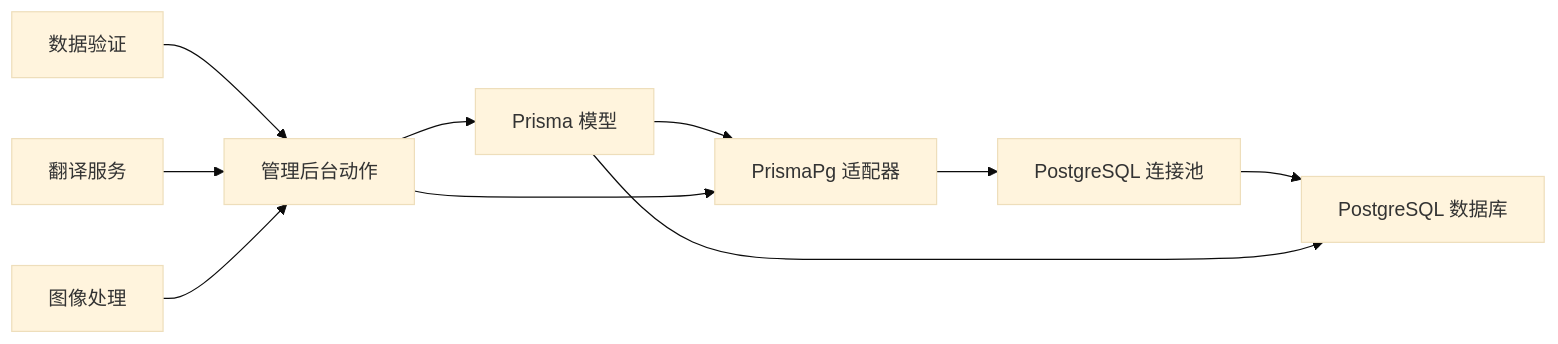
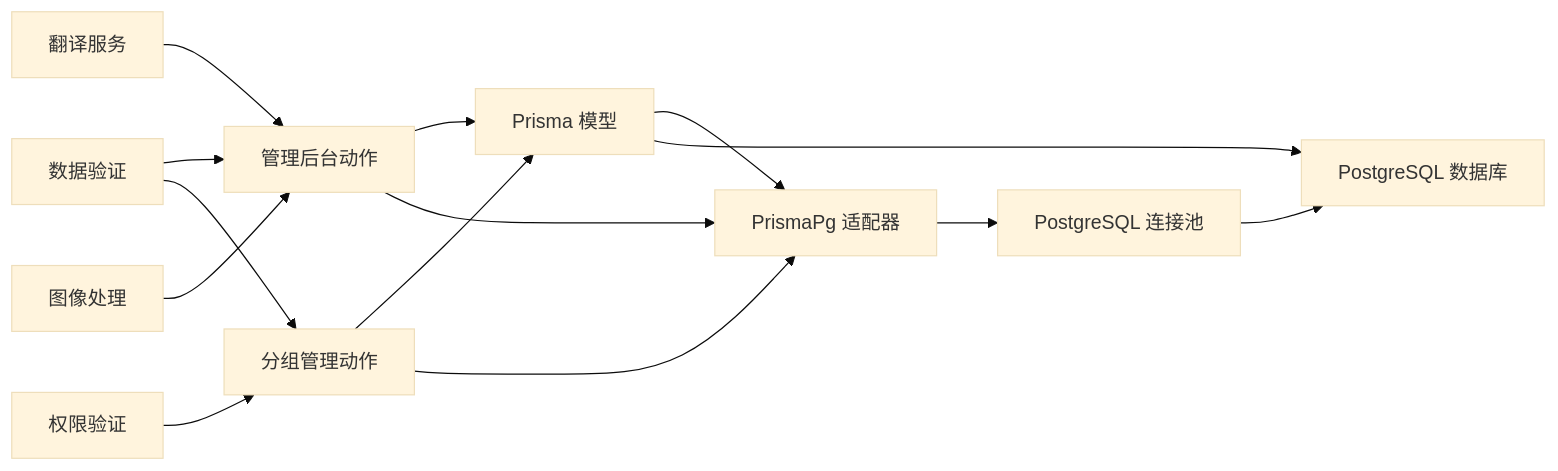
One commit to three3638-arch/celestia_2b changed the eighth of 8 diagrams in .qoder/repowiki/zh/content/管理后台系统/商品管理系统/商品管理系统.md. Above: the diagram before and after it, drawn with Mermaid (base theme). The commit also changed other lines of this file and 30 other files, not shown here.

````diff
--- a/.qoder/repowiki/zh/content/管理后台系统/商品管理系统/商品管理系统.md
+++ b/.qoder/repowiki/zh/content/管理后台系统/商品管理系统/商品管理系统.md
@@ -382,12 +468,16 @@
 ```mermaid
 graph LR
 PrismaAdapter["PrismaPg 适配器"] --> PGPool["PostgreSQL 连接池"]
 PGPool --> DB["PostgreSQL 数据库"]
 Models["Prisma 模型"] --> PrismaAdapter
 Models --> DB
 AdminActions["管理后台动作"] --> Models
 AdminActions --> PrismaAdapter
+GroupActions["分组管理动作"] --> Models
+GroupActions --> PrismaAdapter
 Validation["数据验证"] --> AdminActions
+Validation --> GroupActions
 Translation["翻译服务"] --> AdminActions
 ImageService["图像处理"] --> AdminActions
+PermissionService["权限验证"] --> GroupActions
 ```
````
